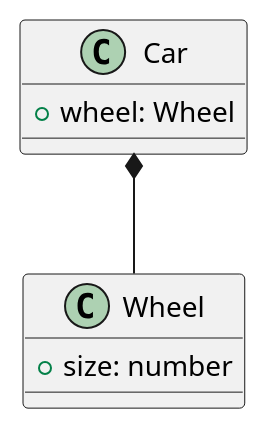
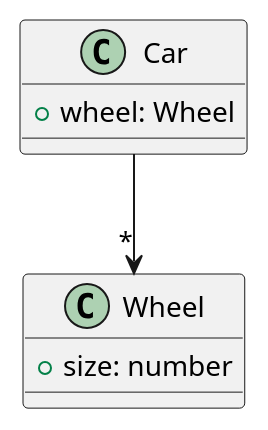
The diagram in README.md (bafolts/tplant), drawn with PlantUML before and after one commit. The commit also changed other lines of this file, not shown here.

Commit message:
update example with associations

````diff
--- a/README.md
+++ b/README.md
@@ -49,11 +49,11 @@
 ```plantuml
 @startuml
 class Wheel {
     +size: number
 }
 class Car {
     +wheel: Wheel
 }
-Car *-- Wheel
+Car --> "*" Wheel
 @enduml
 ```
````
